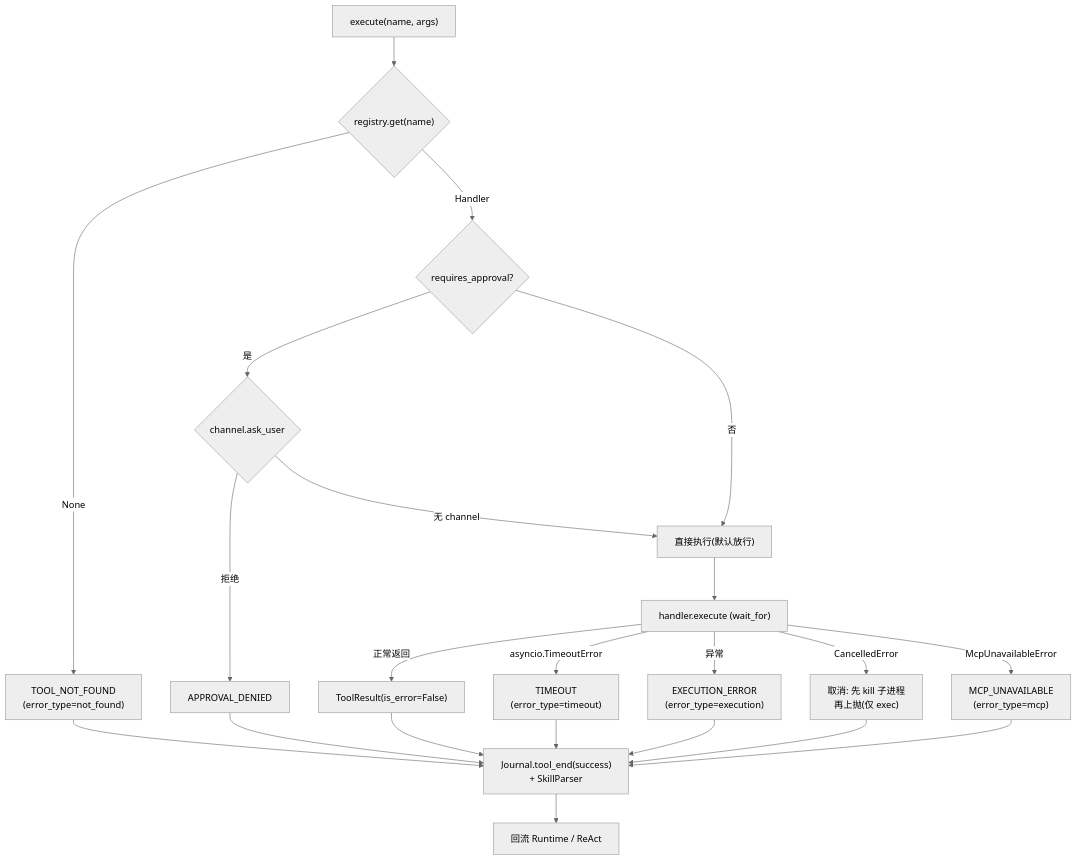
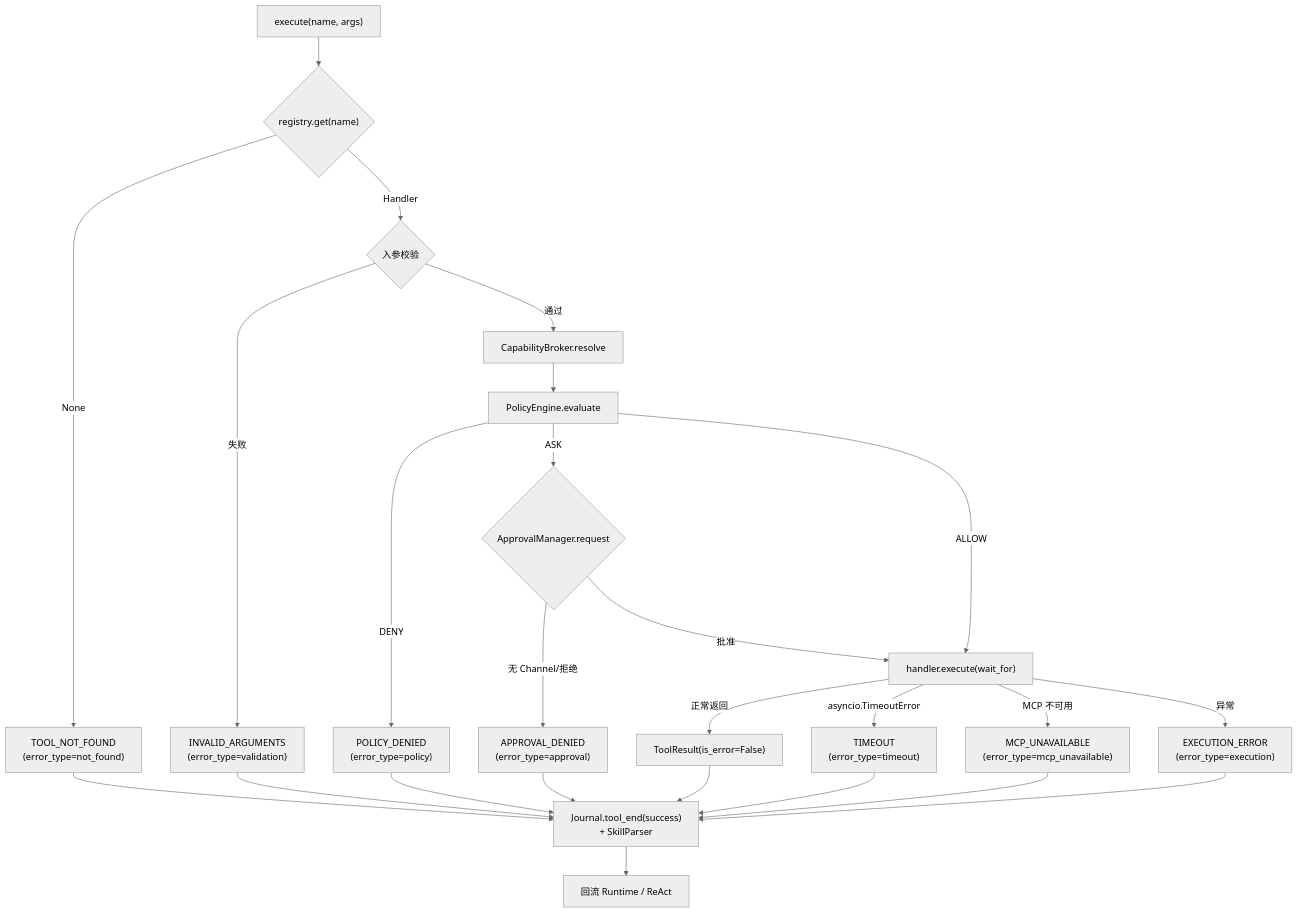
Before and after one commit to aandbcct/dotClaw: the fourth of 4 diagrams in docs/wiki/Tool 模块总体说明.md, drawn with Mermaid (neutral theme). The commit also changed other lines of this file and 5 other files, not shown here.

````diff
--- a/docs/wiki/Tool 模块总体说明.md
+++ b/docs/wiki/Tool 模块总体说明.md
@@ -226,27 +252,29 @@
 ```mermaid
 flowchart TD
     Start["execute(name, args)"] --> Get{"registry.get(name)"}
     Get -->|None| NF["TOOL_NOT_FOUND\n(error_type=not_found)"]
-    Get -->|Handler| Appr{"requires_approval?"}
+    Get -->|Handler| Val{"入参校验"}
+    Val -->|失败| Inv["INVALID_ARGUMENTS\n(error_type=validation)"]
+    Val -->|通过| Br["CapabilityBroker.resolve"]
+    Br --> Po["PolicyEngine.evaluate"]
+    Po -->|DENY| Deny["POLICY_DENIED\n(error_type=policy)"]
+    Po -->|ASK| Ask{"ApprovalManager.request"}
+    Ask -->|无 Channel/拒绝| Appr["APPROVAL_DENIED\n(error_type=approval)"]
+    Ask -->|批准| Run["handler.execute(wait_for)"]
+    Po -->|ALLOW| Run
 
-    Appr -->|是| Ask{"channel.ask_user"}
-    Ask -->|拒绝| Deny["APPROVAL_DENIED"]
-    Ask -->|无 channel| Exec["直接执行(默认放行)"]
-    Appr -->|否| Exec
-
-    Exec --> Run["handler.execute (wait_for)"]
     Run -->|正常返回| OK["ToolResult(is_error=False)"]
     Run -->|asyncio.TimeoutError| TO["TIMEOUT\n(error_type=timeout)"]
+    Run -->|MCP 不可用| MCPD["MCP_UNAVAILABLE\n(error_type=mcp_unavailable)"]
     Run -->|异常| ERR["EXECUTION_ERROR\n(error_type=execution)"]
-    Run -->|CancelledError| CANCEL["取消: 先 kill 子进程\n再上抛(仅 exec)"]
-    Run -->|McpUnavailableError| MCPD["MCP_UNAVAILABLE\n(error_type=mcp)"]
 
     OK --> End["Journal.tool_end(success)\n+ SkillParser"]
     TO --> End
     ERR --> End
     Deny --> End
+    Appr --> End
     NF --> End
-    CANCEL --> End
+    Inv --> End
     MCPD --> End
     End --> Back["回流 Runtime / ReAct"]
 ```
````
